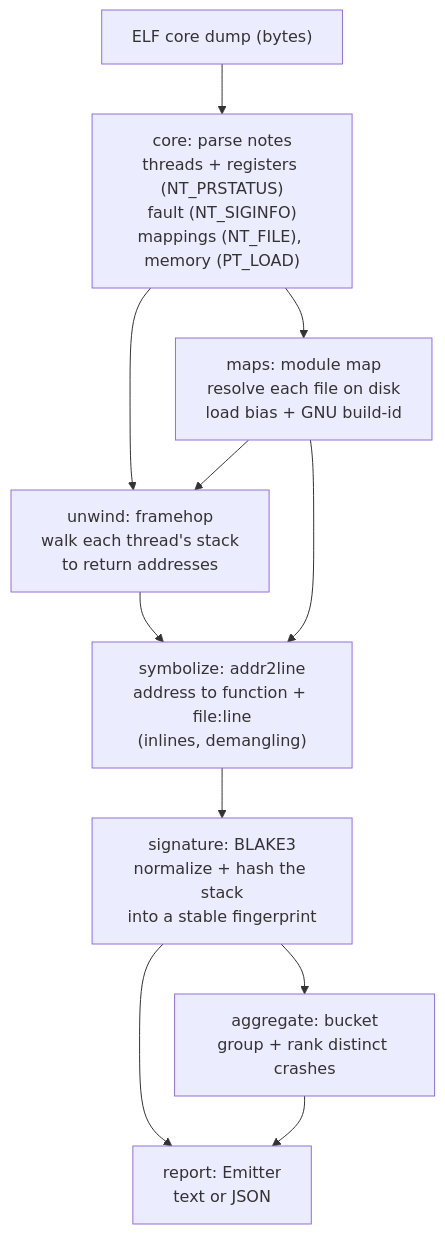
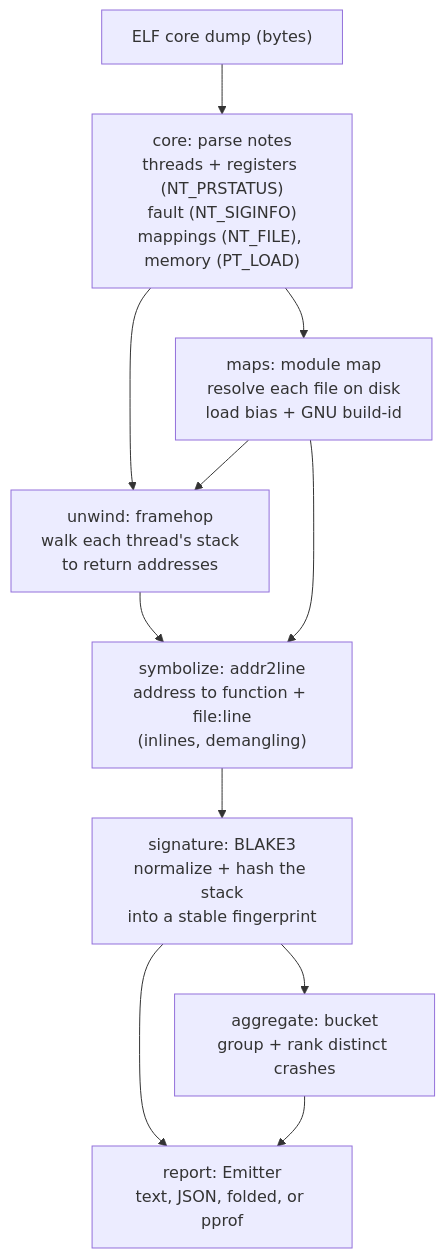
One commit to rolandjitsu/coretriage changed the diagram in docs/architecture.md. Above: the diagram before and after it, drawn with Mermaid. The commit also changed 5 other files, not shown here.

````diff
--- a/docs/architecture.md
+++ b/docs/architecture.md
@@ -12,15 +12,15 @@
 ```mermaid
 flowchart TD
     core["ELF core dump (bytes)"] --> parse
 
     parse["core: parse notes<br/>threads + registers (NT_PRSTATUS)<br/>fault (NT_SIGINFO)<br/>mappings (NT_FILE), memory (PT_LOAD)"]
     parse --> maps["maps: module map<br/>resolve each file on disk<br/>load bias + GNU build-id"]
     parse --> unwind
     maps --> unwind["unwind: framehop<br/>walk each thread's stack<br/>to return addresses"]
     unwind --> symbolize["symbolize: addr2line<br/>address to function + file:line<br/>(inlines, demangling)"]
     maps --> symbolize
     symbolize --> signature["signature: BLAKE3<br/>normalize + hash the stack<br/>into a stable fingerprint"]
-    signature --> report["report: Emitter<br/>text or JSON"]
+    signature --> report["report: Emitter<br/>text, JSON, folded, or pprof"]
     signature --> aggregate["aggregate: bucket<br/>group + rank distinct crashes"]
     aggregate --> report
 ```
````
